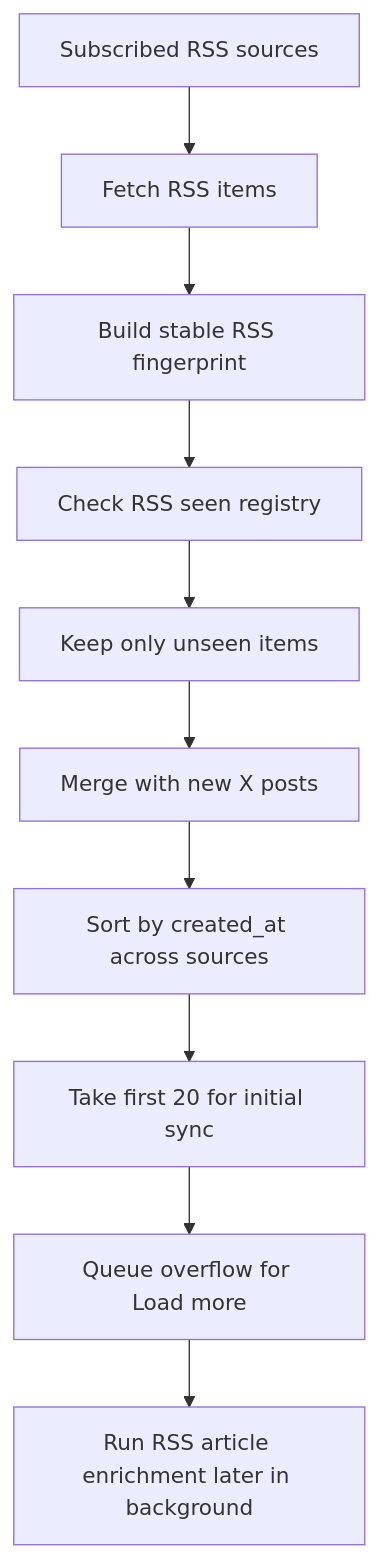
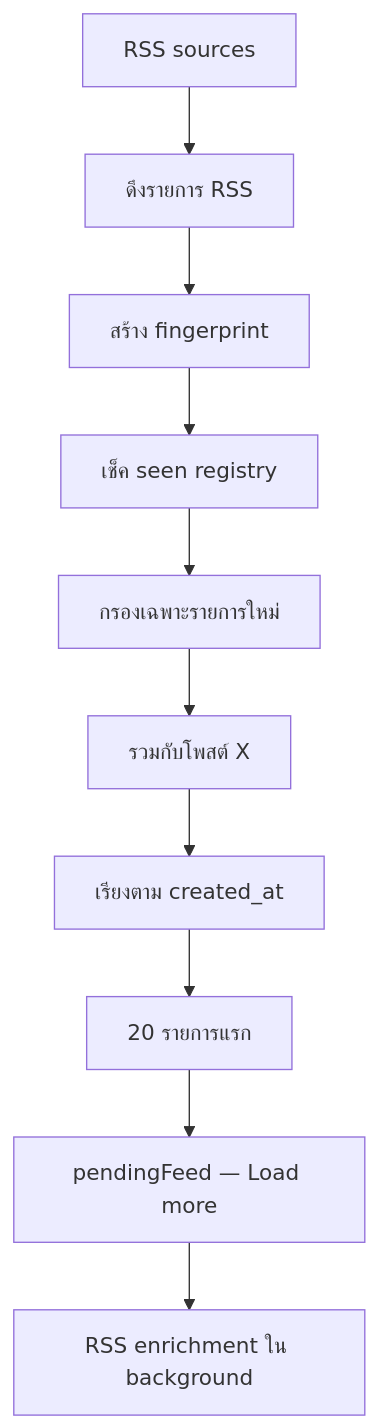
The first of 2 diagrams in docs/architecture/feed-search.md (thefogusz/test), drawn with Mermaid before and after one commit. The commit also changed other lines of this file and 10 other files, not shown here.

First line of the commit message:
Translate all English docs to Thai + fix diagram readability

````diff
--- a/docs/architecture/feed-search.md
+++ b/docs/architecture/feed-search.md
@@ -9,12 +9,12 @@
 ```mermaid
 flowchart TD
-  A["Subscribed RSS sources"] --> B["Fetch RSS items"]
-  B --> C["Build stable RSS fingerprint"]
-  C --> D["Check RSS seen registry"]
-  D --> E["Keep only unseen items"]
-  E --> F["Merge with new X posts"]
-  F --> G["Sort by created_at across sources"]
-  G --> H["Take first 20 for initial sync"]
-  H --> I["Queue overflow for Load more"]
-  I --> J["Run RSS article enrichment later in background"]
+  A[RSS sources] --> B[ดึงรายการ RSS]
+  B --> C[สร้าง fingerprint]
+  C --> D[เช็ค seen registry]
+  D --> E[กรองเฉพาะรายการใหม่]
+  E --> F[รวมกับโพสต์ X]
+  F --> G[เรียงตาม created_at]
+  G --> H[20 รายการแรก]
+  H --> I[pendingFeed — Load more]
+  I --> J[RSS enrichment ใน background]
 ```
````
